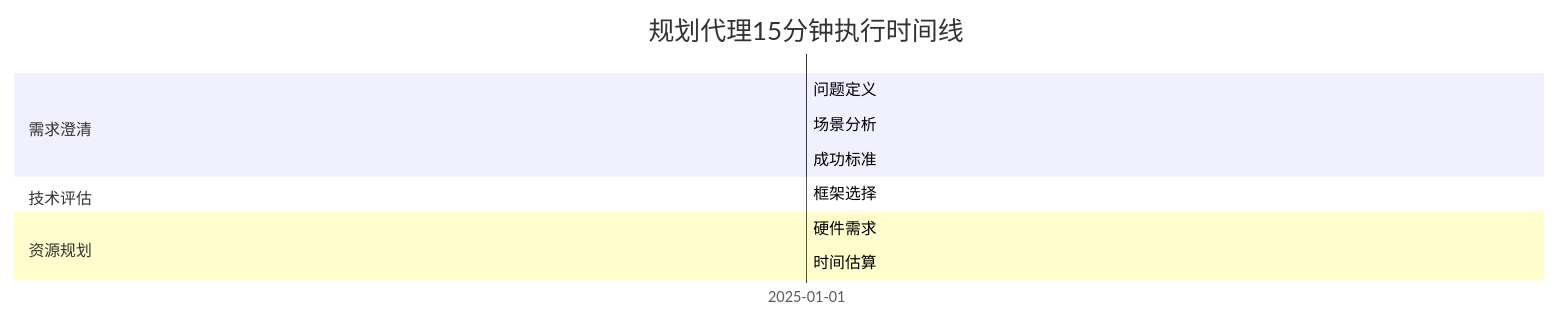
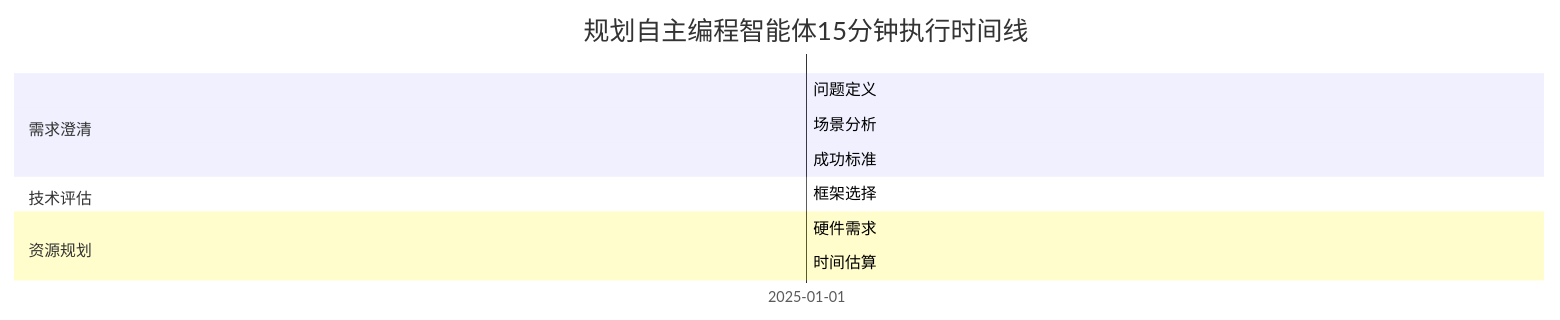
Before and after one commit to ouyangshixiong/context-engineering-zh: the second of 3 diagrams in PLANNING.md, drawn with Mermaid. The commit also changed other lines of this file and 6 other files, not shown here.

````diff
--- a/PLANNING.md
+++ b/PLANNING.md
@@ -99,16 +99,16 @@
 ```mermaid
 gantt
-    title 规划代理15分钟执行时间线
+    title 规划自主编程智能体15分钟执行时间线
     dateFormat  YYYY-MM-DD
     section 需求澄清
     问题定义           :2025-01-01, 2min
     场景分析           :2025-01-01, 2min  
     成功标准           :2025-01-01, 1min
     
     section 技术评估
     框架选择           :2025-01-01, 4min
     
     section 资源规划
     硬件需求           :2025-01-01, 3min
     时间估算           :2025-01-01, 3min
 ```
````
